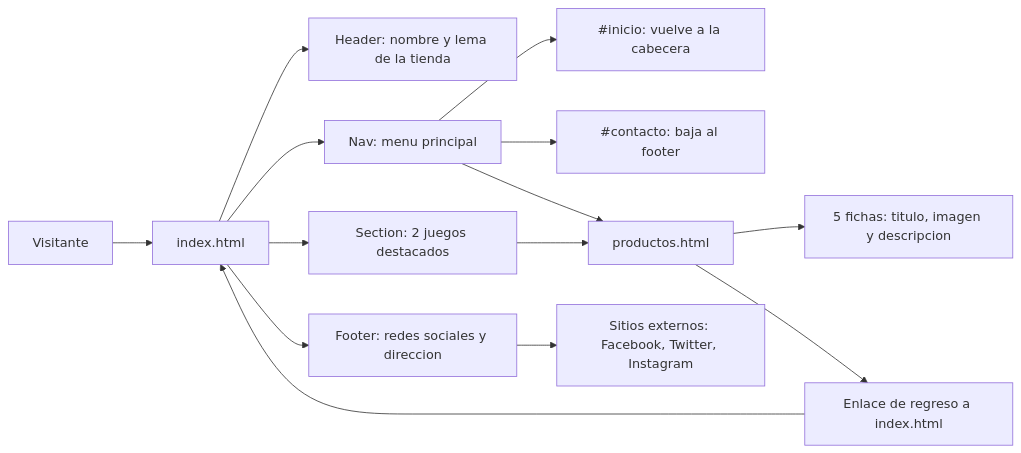
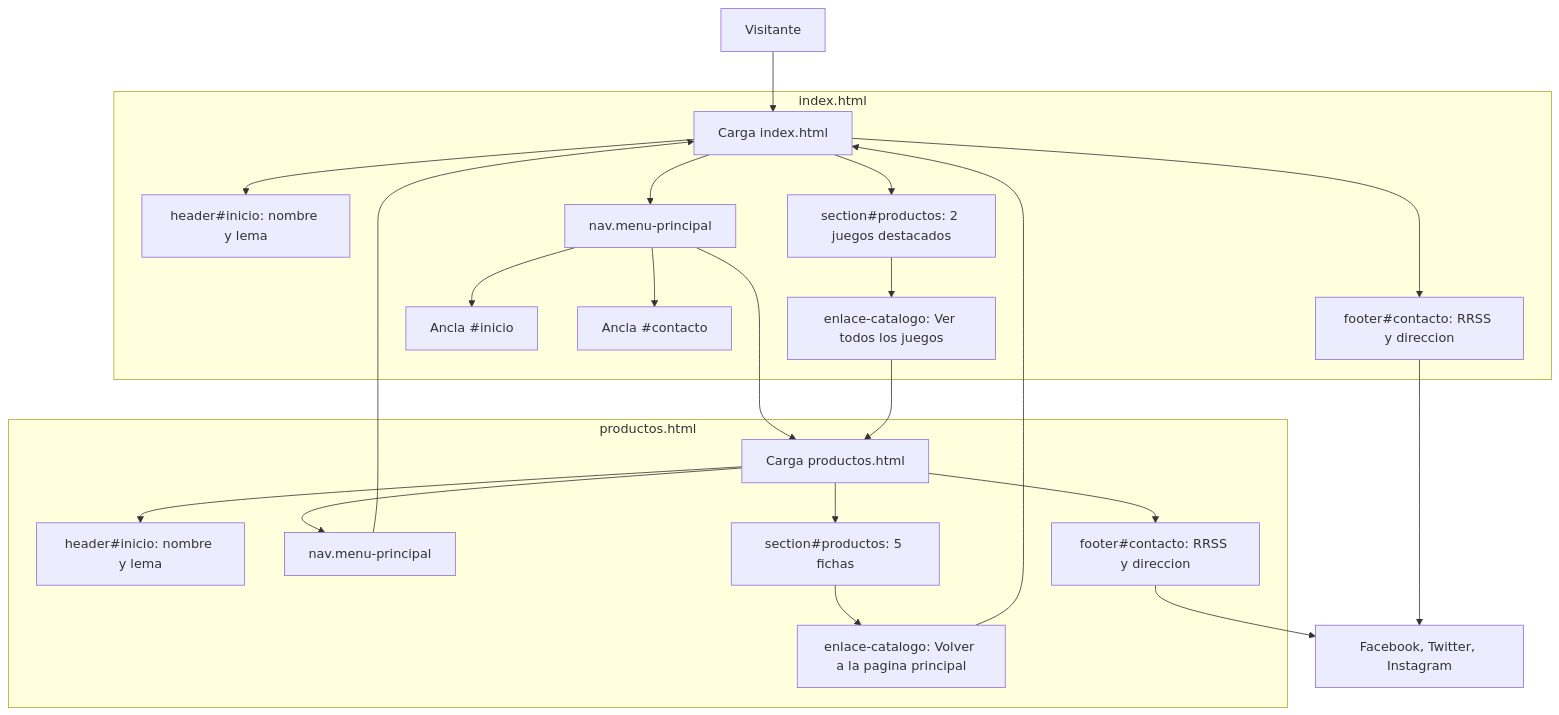
Before and after one commit to L0ncho/EliteGamingStore: the first of 2 diagrams in README.md, drawn with Mermaid. The commit also changed other lines of this file, not shown here.

````diff
--- a/README.md
+++ b/README.md
@@ -54,16 +59,29 @@
 ```mermaid
-flowchart LR
-    Visitante["Visitante"] --> Portada["index.html"]
-    Portada --> Cabecera["Header: nombre y lema de la tienda"]
-    Portada --> MenuNav["Nav: menu principal"]
-    Portada --> Destacados["Section: 2 juegos destacados"]
-    Portada --> Pie["Footer: redes sociales y direccion"]
-    MenuNav --> AncInicio["#inicio: vuelve a la cabecera"]
-    MenuNav --> AncContacto["#contacto: baja al footer"]
-    MenuNav --> Catalogo["productos.html"]
-    Destacados --> Catalogo
-    Catalogo --> Fichas["5 fichas: titulo, imagen y descripcion"]
-    Catalogo --> Volver["Enlace de regreso a index.html"]
-    Volver --> Portada
-    Pie --> Externos["Sitios externos: Facebook, Twitter, Instagram"]
+flowchart TD
+    Visitante["Visitante"] --> Portada
+
+    subgraph paginaInicio [index.html]
+        Portada["Carga index.html"] --> CabeceraInicio["header#inicio: nombre y lema"]
+        Portada --> NavInicio["nav.menu-principal"]
+        Portada --> Destacados["section#productos: 2 juegos destacados"]
+        Portada --> PieInicio["footer#contacto: RRSS y direccion"]
+        NavInicio --> AncInicio["Ancla #inicio"]
+        NavInicio --> AncContacto["Ancla #contacto"]
+        Destacados --> BotonCatalogo["enlace-catalogo: Ver todos los juegos"]
+    end
+
+    subgraph paginaCatalogo [productos.html]
+        Catalogo["Carga productos.html"] --> CabeceraCatalogo["header#inicio: nombre y lema"]
+        Catalogo --> NavCatalogo["nav.menu-principal"]
+        Catalogo --> Fichas["section#productos: 5 fichas"]
+        Catalogo --> PieCatalogo["footer#contacto: RRSS y direccion"]
+        Fichas --> BotonVolver["enlace-catalogo: Volver a la pagina principal"]
+    end
+
+    NavInicio --> Catalogo
+    BotonCatalogo --> Catalogo
+    NavCatalogo --> Portada
+    BotonVolver --> Portada
+    PieInicio --> Externos["Facebook, Twitter, Instagram"]
+    PieCatalogo --> Externos
 ```
````
